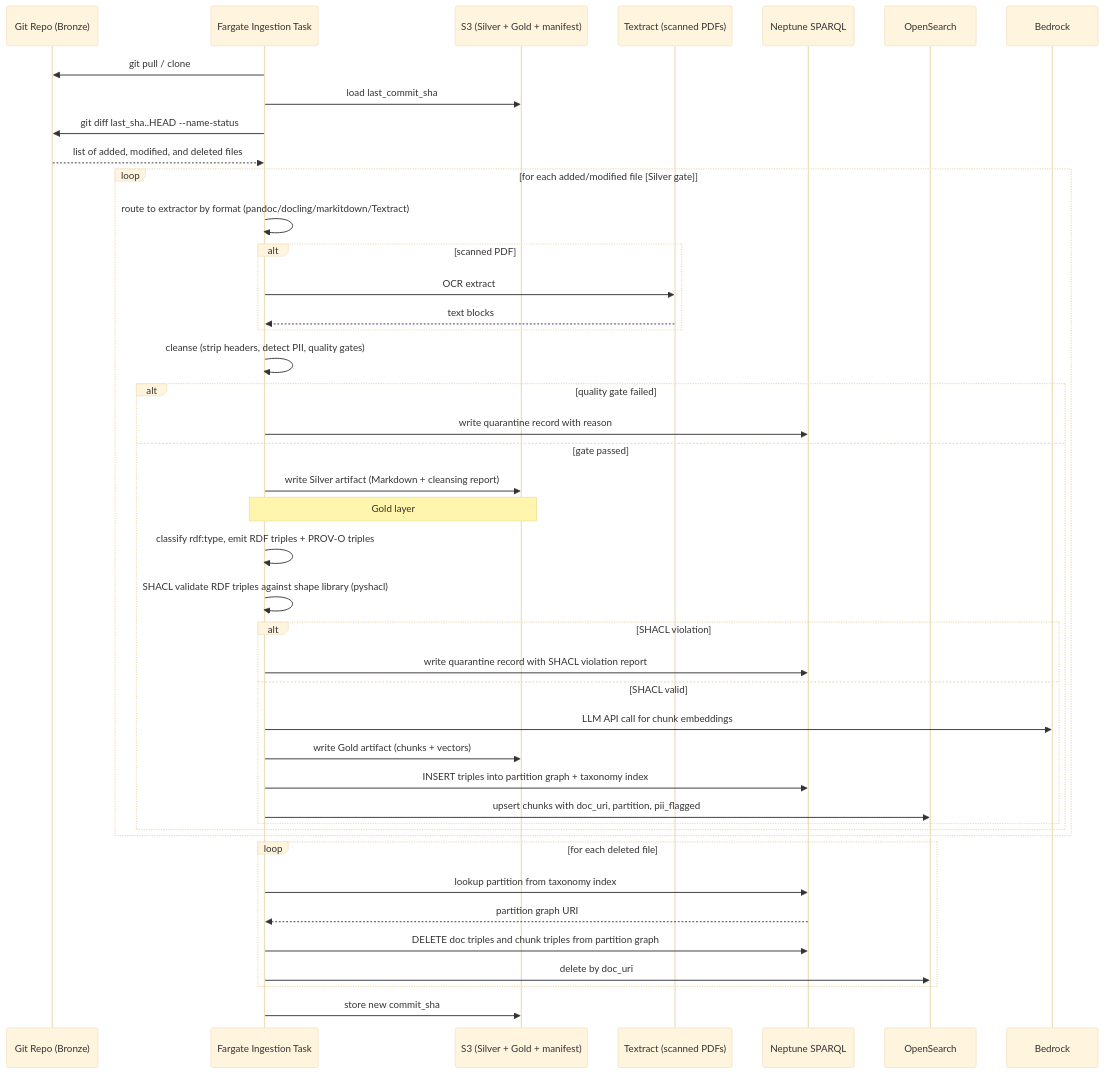
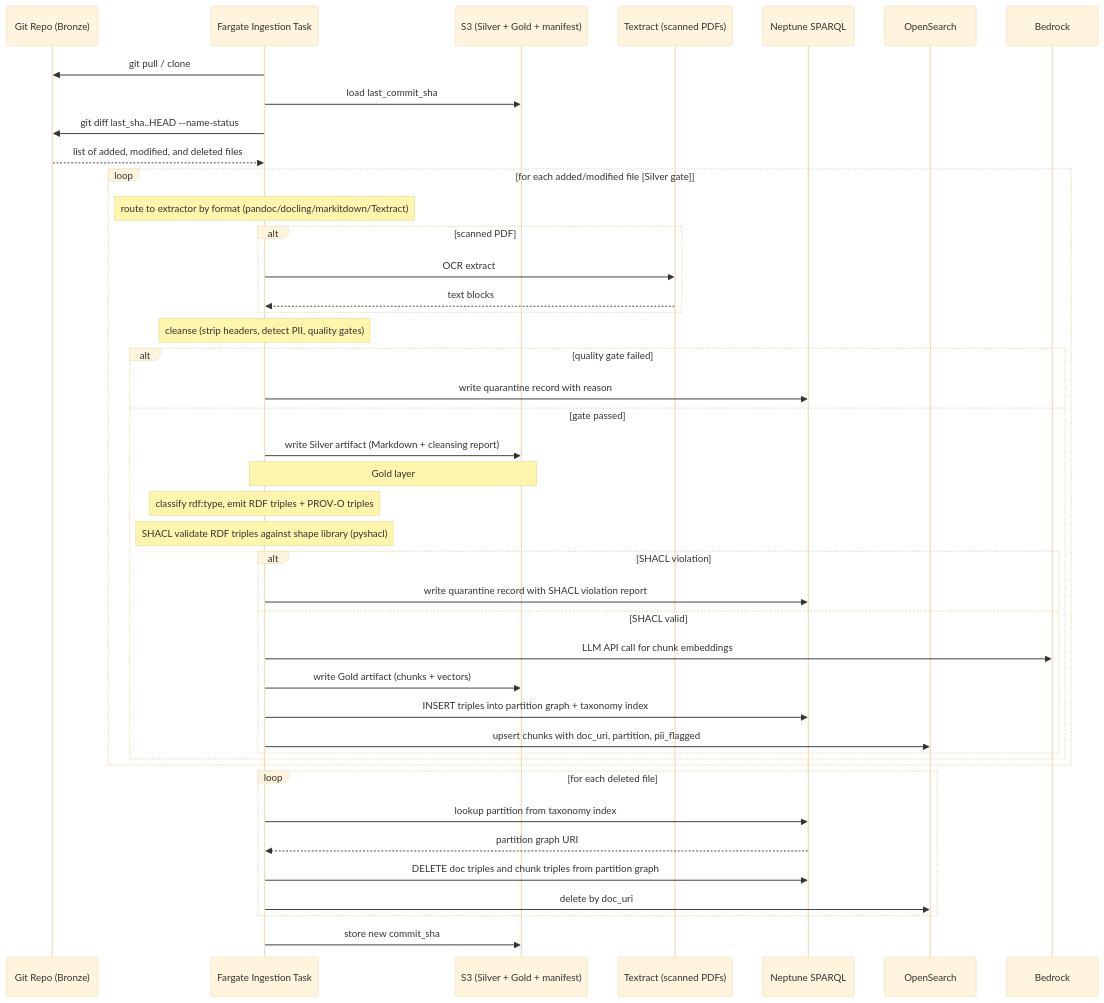
The fourth of 5 diagrams in docs/architecture/biz-ops-knowledge-graph/design.md (eugenelim/graphrag-aws-template), drawn with Mermaid (base theme) before and after one commit. The commit also changed other lines of this file, not shown here.

First line of the commit message:
fix(docs): remediate 7 Mermaid diagram defects in biz-ops-knowledge-graph design

````diff
--- a/docs/architecture/biz-ops-knowledge-graph/design.md
+++ b/docs/architecture/biz-ops-knowledge-graph/design.md
@@ -491,49 +493,49 @@
 ```mermaid
 sequenceDiagram
     participant G as Git Repo (Bronze)
     participant F as Fargate Ingestion Task
     participant S as S3 (Silver + Gold + manifest)
     participant TX as Textract (scanned PDFs)
     participant NP as Neptune SPARQL
     participant OS as OpenSearch
     participant BD as Bedrock
 
     F->>G: git pull / clone
     F->>S: load last_commit_sha
     F->>G: git diff last_sha..HEAD --name-status
     G-->>F: list of added, modified, and deleted files
 
     loop for each added/modified file [Silver gate]
-        F->>F: route to extractor by format (pandoc/docling/markitdown/Textract)
+        Note over F: route to extractor by format (pandoc/docling/markitdown/Textract)
         alt scanned PDF
             F->>TX: OCR extract
             TX-->>F: text blocks
         end
-        F->>F: cleanse (strip headers, detect PII, quality gates)
+        Note over F: cleanse (strip headers, detect PII, quality gates)
         alt quality gate failed
             F->>NP: write quarantine record with reason
         else gate passed
             F->>S: write Silver artifact (Markdown + cleansing report)
             Note over F,S: Gold layer
-            F->>F: classify rdf:type, emit RDF triples + PROV-O triples
-            F->>F: SHACL validate RDF triples against shape library (pyshacl)
+            Note over F: classify rdf:type, emit RDF triples + PROV-O triples
+            Note over F: SHACL validate RDF triples against shape library (pyshacl)
             alt SHACL violation
                 F->>NP: write quarantine record with SHACL violation report
             else SHACL valid
                 F->>BD: LLM API call for chunk embeddings
                 F->>S: write Gold artifact (chunks + vectors)
                 F->>NP: INSERT triples into partition graph + taxonomy index
                 F->>OS: upsert chunks with doc_uri, partition, pii_flagged
             end
         end
     end
 
     loop for each deleted file
         F->>NP: lookup partition from taxonomy index
         NP-->>F: partition graph URI
         F->>NP: DELETE doc triples and chunk triples from partition graph
         F->>OS: delete by doc_uri
     end
 
     F->>S: store new commit_sha
 ```
````
